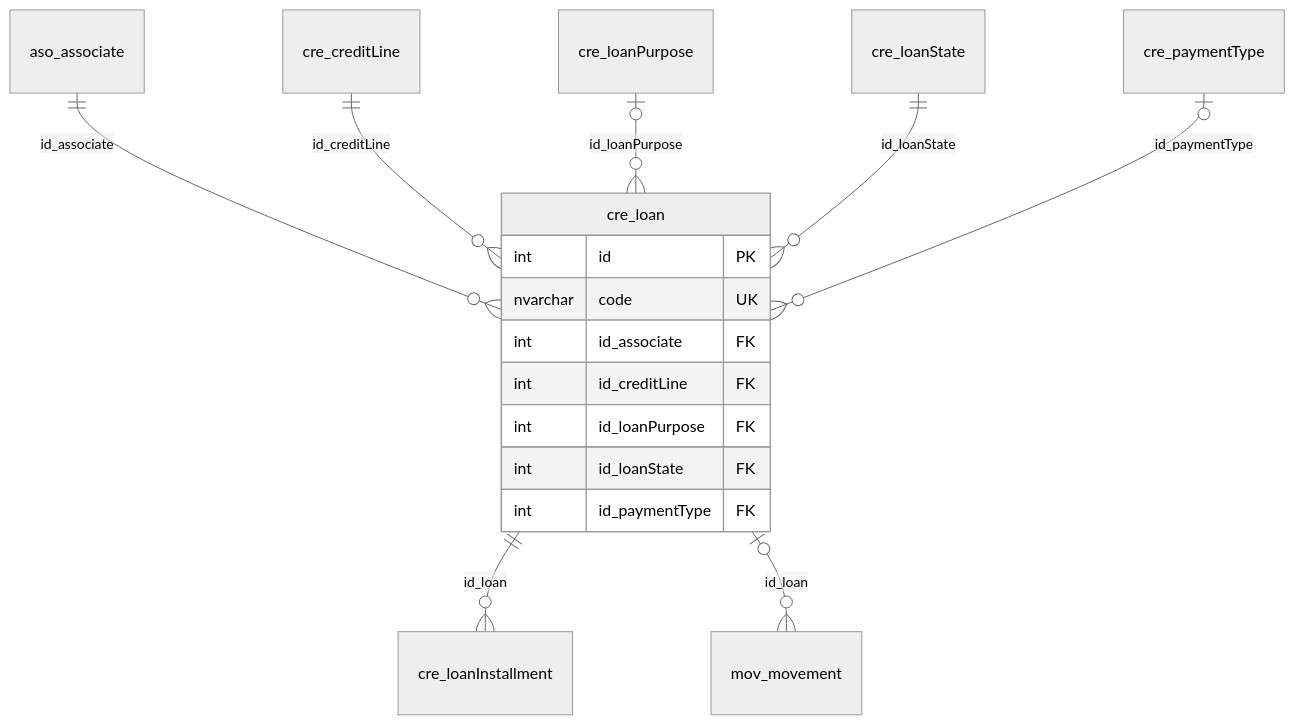
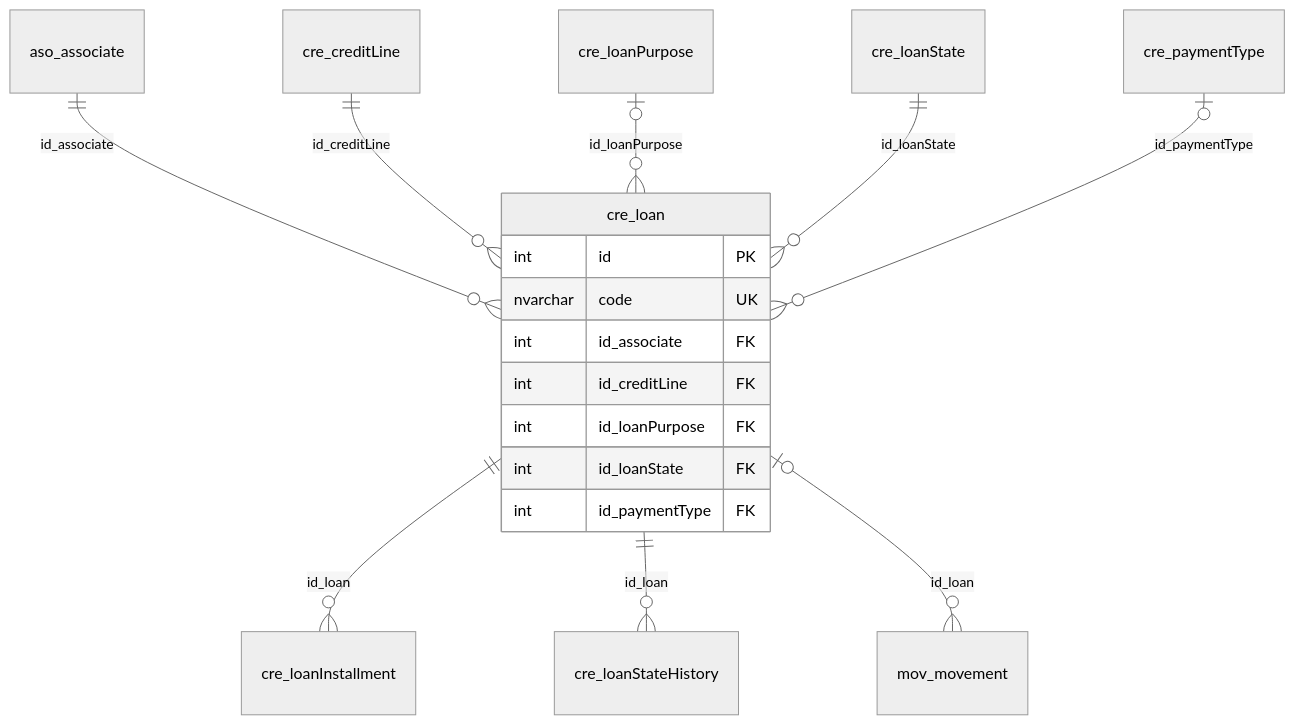
One commit to softwaresamm/IDAE.Docs changed the diagram in docs/safe/database/cre/loan.md. Above: the diagram before and after it, drawn with Mermaid (neutral theme). The commit also changed other lines of this file and 8 other files, not shown here.

First line of the commit message:
docs: document SAFE loan state history

````diff
--- a/docs/safe/database/cre/loan.md
+++ b/docs/safe/database/cre/loan.md
@@ -100,26 +100,28 @@
 ```mermaid
 erDiagram
     cre_loan {
         int id PK
         nvarchar code UK
         int id_associate FK
         int id_creditLine FK
         int id_loanPurpose FK
         int id_loanState FK
         int id_paymentType FK
     }
     aso_associate
     cre_creditLine
     cre_loanPurpose
     cre_loanState
     cre_paymentType
     cre_loanInstallment
+    cre_loanStateHistory
     mov_movement
     aso_associate ||--o{ cre_loan : "id_associate"
     cre_creditLine ||--o{ cre_loan : "id_creditLine"
     cre_loanPurpose |o--o{ cre_loan : "id_loanPurpose"
     cre_loanState ||--o{ cre_loan : "id_loanState"
     cre_paymentType |o--o{ cre_loan : "id_paymentType"
     cre_loan ||--o{ cre_loanInstallment : "id_loan"
+    cre_loan ||--o{ cre_loanStateHistory : "id_loan"
     cre_loan |o--o{ mov_movement : "id_loan"
 ```
````
